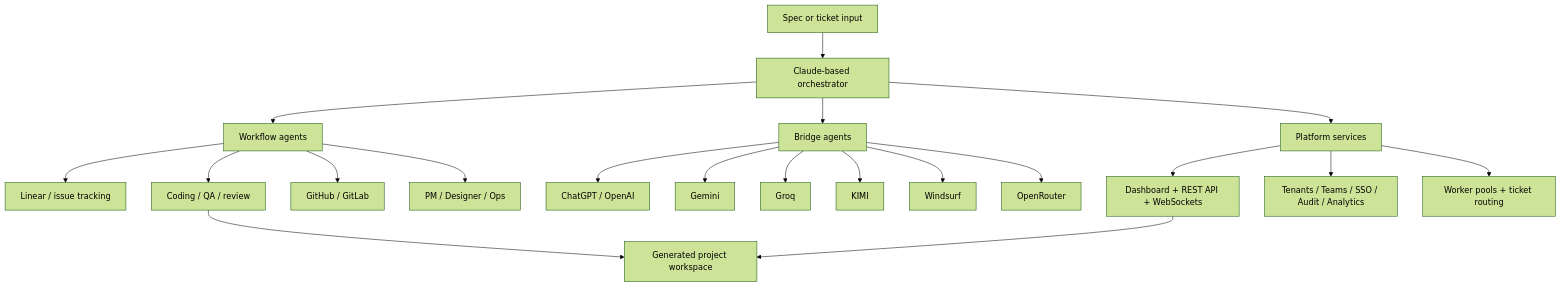
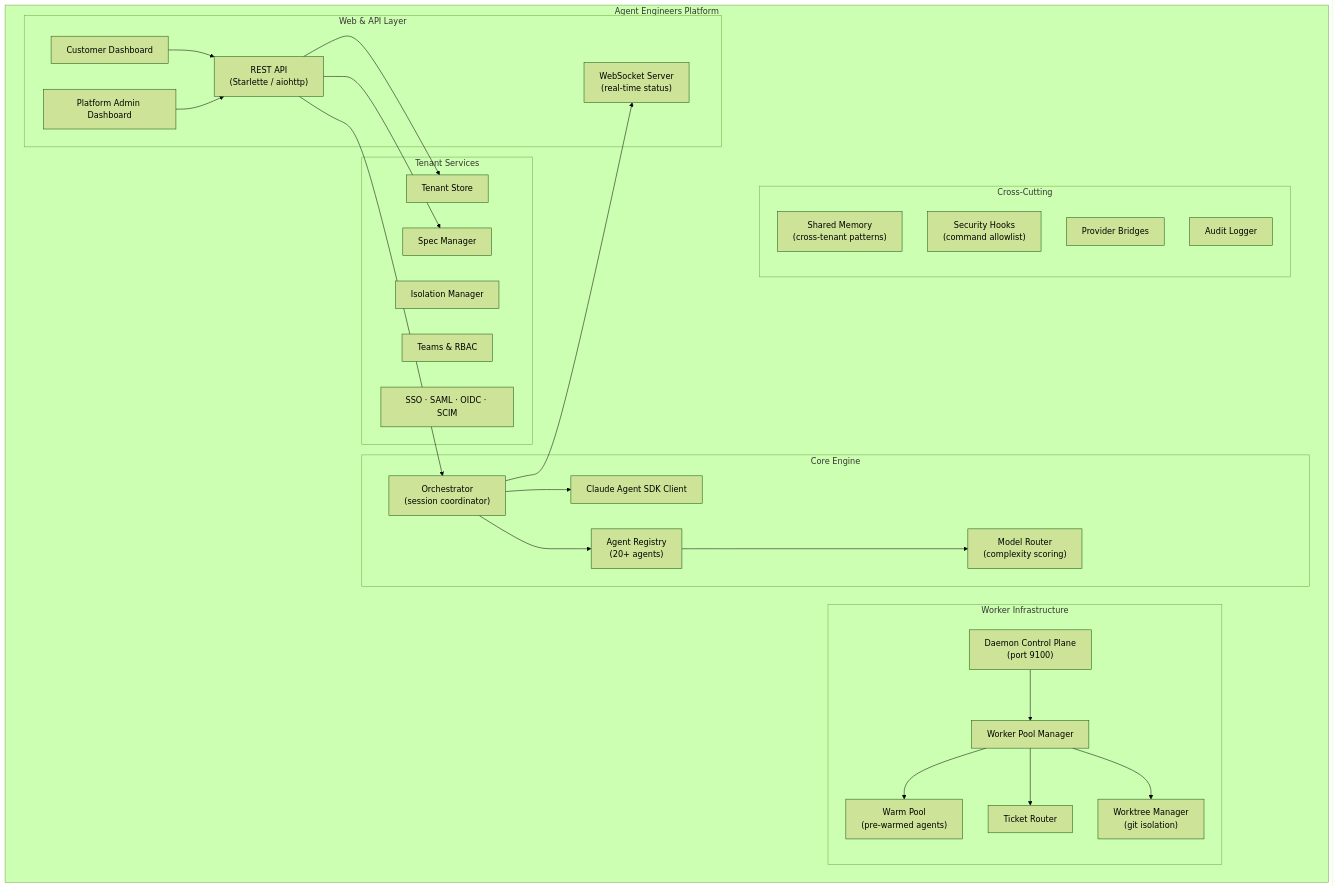
Before and after one commit to kennylhilljr/Agent-Engineers: the second of 6 diagrams in README.MD, drawn with Mermaid (forest theme). The commit also changed other lines of this file and 14 other files, not shown here.

````diff
--- a/README.MD
+++ b/README.MD
@@ -25,27 +29,55 @@
 ```mermaid
-flowchart TB
-    SPEC["Spec or ticket input"] --> ORCH["Claude-based orchestrator"]
+graph TD
+    subgraph Platform["Agent Engineers Platform"]
+        subgraph Web["Web & API Layer"]
+            REST["REST API<br/>(Starlette / aiohttp)"]
+            WS["WebSocket Server<br/>(real-time status)"]
+            CustDash["Customer Dashboard"]
+            PlatDash["Platform Admin Dashboard"]
+        end
 
-    ORCH --> WORK["Workflow agents"]
-    ORCH --> BRIDGE["Bridge agents"]
-    ORCH --> PLATFORM["Platform services"]
+        subgraph Engine["Core Engine"]
+            Orch["Orchestrator<br/>(session coordinator)"]
+            SDK["Claude Agent SDK Client"]
+            Agents["Agent Registry<br/>(20+ agents)"]
+            Router["Model Router<br/>(complexity scoring)"]
+        end
 
-    WORK --> LINEAR["Linear / issue tracking"]
-    WORK --> CODE["Coding / QA / review"]
-    WORK --> GIT["GitHub / GitLab"]
-    WORK --> PM["PM / Designer / Ops"]
+        subgraph Workers["Worker Infrastructure"]
+            Daemon["Daemon Control Plane<br/>(port 9100)"]
+            Pool["Worker Pool Manager"]
+            Warm["Warm Pool<br/>(pre-warmed agents)"]
+            Ticket["Ticket Router"]
+            Worktree["Worktree Manager<br/>(git isolation)"]
+        end
 
-    BRIDGE --> OPENAI["ChatGPT / OpenAI"]
-    BRIDGE --> GEMINI["Gemini"]
-    BRIDGE --> GROQ["Groq"]
-    BRIDGE --> KIMI["KIMI"]
-    BRIDGE --> WINDSURF["Windsurf"]
-    BRIDGE --> OPENROUTER["OpenRouter"]
+        subgraph Tenant["Tenant Services"]
+            TStore["Tenant Store"]
+            Isolation["Isolation Manager"]
+            Spec["Spec Manager"]
+            Teams["Teams & RBAC"]
+            SSO["SSO · SAML · OIDC · SCIM"]
+        end
 
-    PLATFORM --> DASH["Dashboard + REST API + WebSockets"]
-    PLATFORM --> MT["Tenants / Teams / SSO / Audit / Analytics"]
-    PLATFORM --> DAEMON["Worker pools + ticket routing"]
+        subgraph Cross["Cross-Cutting"]
+            Memory["Shared Memory<br/>(cross-tenant patterns)"]
+            Security["Security Hooks<br/>(command allowlist)"]
+            Bridges["Provider Bridges"]
+            Audit["Audit Logger"]
+        end
+    end
 
-    CODE --> GEN["Generated project workspace"]
-    DASH --> GEN
+    CustDash --> REST
+    PlatDash --> REST
+    REST --> Orch
+    Orch --> SDK
+    Orch --> Agents
+    Agents --> Router
+    Orch --> WS
+    Daemon --> Pool
+    Pool --> Warm
+    Pool --> Ticket
+    Pool --> Worktree
+    REST --> TStore
+    REST --> Spec
 ```
````
